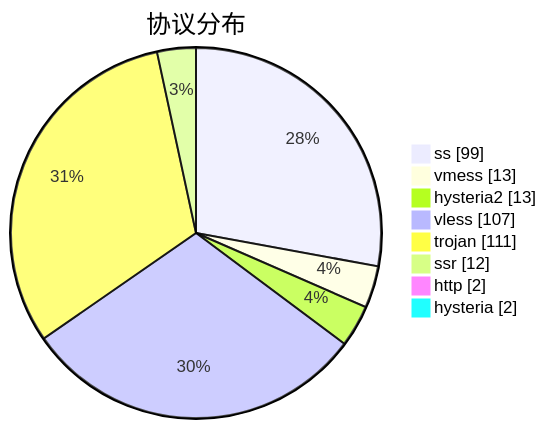
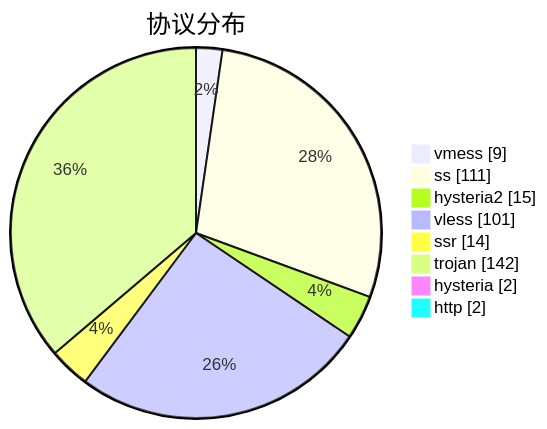
The third of 3 diagrams in subs/statistics/tested_within.md (sinspired/airport), drawn with Mermaid before and after one commit. The commit also changed other lines of this file and 2 other files, not shown here.

````diff
--- a/subs/statistics/tested_within.md
+++ b/subs/statistics/tested_within.md
@@ -56,12 +64,12 @@
 ```mermaid
 pie showData
 title 协议分布
-"ss" : 99
-"vmess" : 13
-"hysteria2" : 13
-"vless" : 107
-"trojan" : 111
-"ssr" : 12
+"vmess" : 9
+"ss" : 111
+"hysteria2" : 15
+"vless" : 101
+"ssr" : 14
+"trojan" : 142
+"hysteria" : 2
 "http" : 2
-"hysteria" : 2
 ```
````
